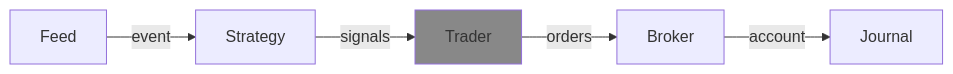
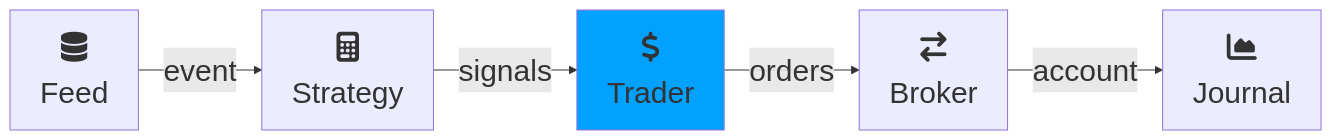
The diagram in docs/core/trader.md (neurallayer/roboquant.py), drawn with Mermaid before and after one commit. The commit also changed other lines of this file and 9 other files, not shown here.

Commit message:
better diagram

````diff
--- a/docs/core/trader.md
+++ b/docs/core/trader.md
@@ -9,13 +9,15 @@
 ```mermaid
+---
+config:
+    themeVariables:
+        fontSize: '30px'
+---
 flowchart LR
- 
-    Feed["Feed"]
-    Strategy["Strategy"]
-    Trader["Trader"]
-    Broker["Broker"]
-    Journal["Journal"]
-    
-    Feed -- event --> Strategy -- signals --> Trader -- orders --> Broker -- account --> Journal 
-
-    style Trader fill:#888
+    Feed["fa:fa-database<br>Feed"]
+    Strategy["fa:fa-calculator<br>Strategy"]
+    Trader["fa:fa-dollar<br>Trader"]:::active
+    Broker["fa:fa-exchange<br>Broker"]
+    Journal["fa:fa-area-chart<br>Journal"]
+    Feed -- event --> Strategy -- signals --> Trader -- orders --> Broker -- account --> Journal
+    classDef active fill:#00A1FF
 ```
````
